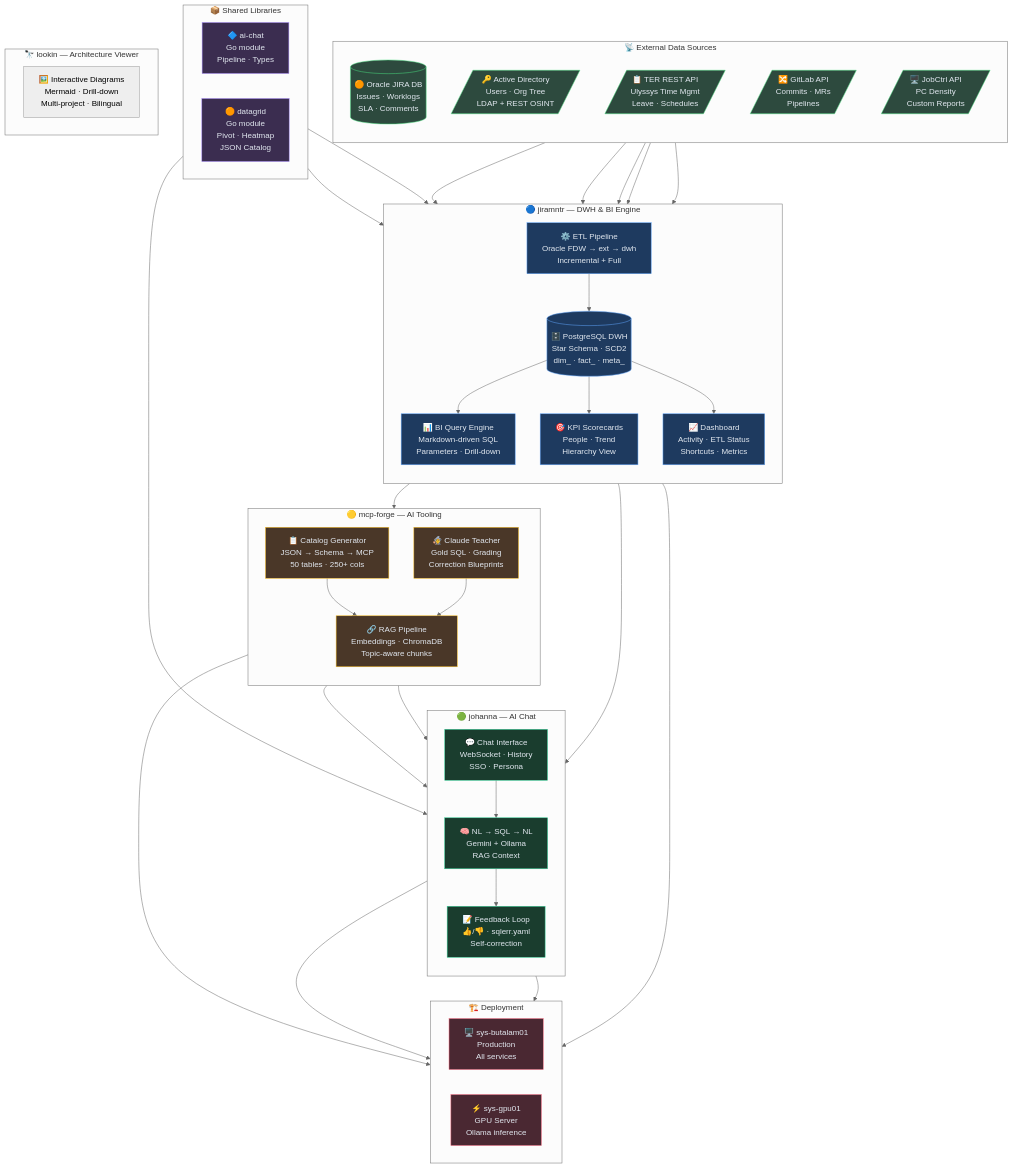
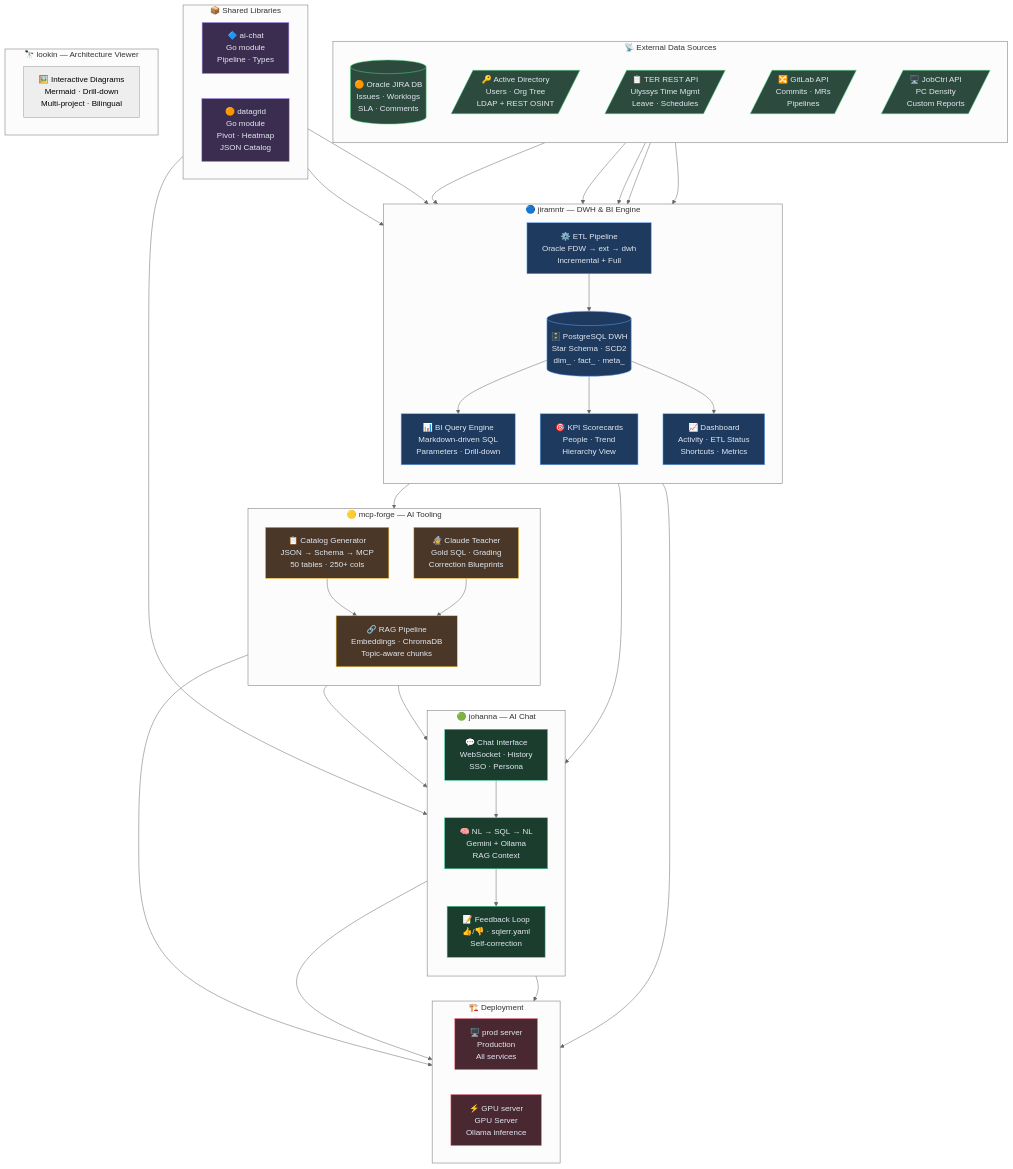
Before and after one commit to gnemet/lookin: the diagram in layers/platform-base/platform_base_arch.mmd, drawn with Mermaid (neutral theme). The commit also changed 31 other files, not shown here.

```diff
--- a/layers/platform-base/platform_base_arch.mmd
+++ b/layers/platform-base/platform_base_arch.mmd
@@ -1,93 +1,93 @@
 graph TB
     %% ━━━━━━━━━━━━━━━━━━━━━━━━━━━━━━━━━━━━━━━━━━━━━━━━━━━━━━━━━━━━━━━
     %% platform-base (claude-base) — Enterprise Platform Architecture
     %% ━━━━━━━━━━━━━━━━━━━━━━━━━━━━━━━━━━━━━━━━━━━━━━━━━━━━━━━━━━━━━━━
 
     subgraph SOURCES["📡 External Data Sources"]
         direction TB
         ORACLE[("🟠 Oracle JIRA DB<br/>Issues · Worklogs<br/>SLA · Comments")]
         LDAP[/"🔑 Active Directory<br/>Users · Org Tree<br/>LDAP + REST OSINT"/]
         TER[/"📋 TER REST API<br/>Ulyssys Time Mgmt<br/>Leave · Schedules"/]
         GITLAB[/"🔀 GitLab API<br/>Commits · MRs<br/>Pipelines"/]
         JC[/"🖥️ JobCtrl API<br/>PC Density<br/>Custom Reports"/]
     end
 
     subgraph JIRAMNTR["🔵 jiramntr — DWH & BI Engine"]
         direction TB
         ETL["⚙️ ETL Pipeline<br/>Oracle FDW → ext → dwh<br/>Incremental + Full"]
         DWH[("🗄️ PostgreSQL DWH<br/>Star Schema · SCD2<br/>dim_ · fact_ · meta_")]
         BI["📊 BI Query Engine<br/>Markdown-driven SQL<br/>Parameters · Drill-down"]
         KPI["🎯 KPI Scorecards<br/>People · Trend<br/>Hierarchy View"]
         DASH["📈 Dashboard<br/>Activity · ETL Status<br/>Shortcuts · Metrics"]
         ETL --> DWH
         DWH --> BI & KPI & DASH
     end
 
     subgraph JOHANNA["🟢 johanna — AI Chat"]
         direction TB
         CHAT["💬 Chat Interface<br/>WebSocket · History<br/>SSO · Persona"]
         NL2SQL["🧠 NL → SQL → NL<br/>Gemini + Ollama<br/>RAG Context"]
         FEEDBACK["📝 Feedback Loop<br/>👍/👎 · sqlerr.yaml<br/>Self-correction"]
         CHAT --> NL2SQL --> FEEDBACK
     end
 
     subgraph MCPFORGE["🟡 mcp-forge — AI Tooling"]
         direction TB
         CATALOG["📋 Catalog Generator<br/>JSON → Schema → MCP<br/>50 tables · 250+ cols"]
         TEACHER["🧙 Claude Teacher<br/>Gold SQL · Grading<br/>Correction Blueprints"]
         RAG["🔗 RAG Pipeline<br/>Embeddings · ChromaDB<br/>Topic-aware chunks"]
         CATALOG --> RAG
         TEACHER --> RAG
     end
 
     subgraph SHARED["📦 Shared Libraries"]
         direction LR
         AICHAT["🔷 ai-chat<br/>Go module<br/>Pipeline · Types"]
         DATAGRID["🟠 datagrid<br/>Go module<br/>Pivot · Heatmap<br/>JSON Catalog"]
     end
 
     subgraph LOOKIN["🔭 lookin — Architecture Viewer"]
         VIEWER["🖼️ Interactive Diagrams<br/>Mermaid · Drill-down<br/>Multi-project · Bilingual"]
     end
 
     subgraph DEPLOY["🏗️ Deployment"]
         direction LR
-        BUTALAM["🖥️ sys-butalam01<br/>Production<br/>All services"]
-        GPU["⚡ sys-gpu01<br/>GPU Server<br/>Ollama inference"]
+        PROD["🖥️ prod server<br/>Production<br/>All services"]
+        GPU["⚡ GPU server<br/>GPU Server<br/>Ollama inference"]
     end
 
     %% ── Data Flow ──
     ORACLE --> ETL
     LDAP --> ETL
     TER --> ETL
     GITLAB --> ETL
     JC --> ETL
 
     %% ── Cross-project Dependencies ──
     DWH --> NL2SQL
     DWH --> CATALOG
     AICHAT --> JOHANNA
     AICHAT --> JIRAMNTR
     DATAGRID --> BI
     RAG --> NL2SQL
     MCPFORGE --> JOHANNA
 
     %% ── Deployment ──
-    JIRAMNTR --> BUTALAM
-    JOHANNA --> BUTALAM & GPU
-    MCPFORGE --> BUTALAM
+    JIRAMNTR --> PROD
+    JOHANNA --> PROD & GPU
+    MCPFORGE --> PROD
 
     %% ── Styles ──
     classDef source fill:#2d4a3e,stroke:#4ade80,color:#e2e8f0
     classDef jiramntr fill:#1e3a5f,stroke:#60a5fa,color:#e2e8f0
     classDef johanna fill:#1a3d2e,stroke:#34d399,color:#e2e8f0
     classDef mcpforge fill:#4a3728,stroke:#fbbf24,color:#e2e8f0
     classDef shared fill:#3b2d50,stroke:#a78bfa,color:#e2e8f0
     classDef deploy fill:#4a2832,stroke:#fb7185,color:#e2e8f0
 
     class ORACLE,LDAP,TER,GITLAB,JC source
     class ETL,DWH,BI,KPI,DASH jiramntr
     class CHAT,NL2SQL,FEEDBACK johanna
     class CATALOG,TEACHER,RAG mcpforge
     class AICHAT,DATAGRID shared
-    class BUTALAM,GPU deploy
+    class PROD,GPU deploy
```
